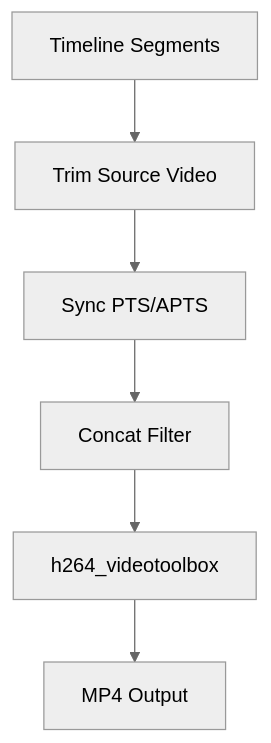
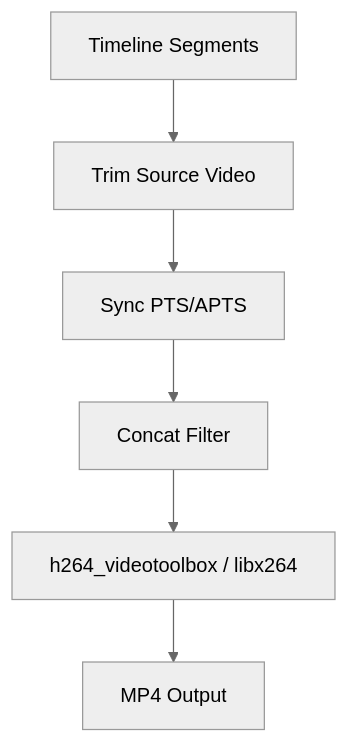
Before and after one commit to navidshad/vgtu-video-summarization: the sixth of 6 diagrams in docs/architecture.md, drawn with Mermaid (neutral theme). The commit also changed other lines of this file, not shown here.

Commit message:
docs: Introduce a new 'Context Enrichment' phase, renumber pipeline stages, and update detailed descriptions and diagrams for each phase.

````diff
--- a/docs/architecture.md
+++ b/docs/architecture.md
@@ -96,8 +118,8 @@
 ```mermaid
 graph TD
     Segments[Timeline Segments] --> Trim[Trim Source Video]
     Trim --> Sync[Sync PTS/APTS]
     Sync --> Concat[Concat Filter]
-    Concat --> Encode[h264_videotoolbox]
+    Concat --> Encode[h264_videotoolbox / libx264]
     Encode --> Final[MP4 Output]
 ```
````
